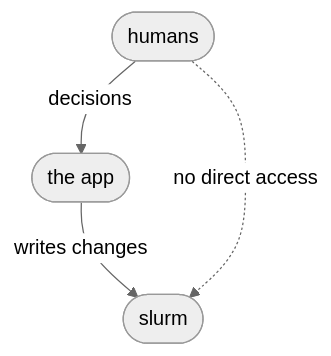
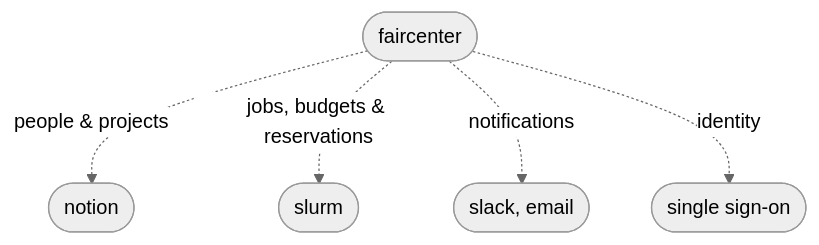
The second of 3 diagrams in README.md (stephenwhitmarsh/faircenter), drawn with Mermaid (neutral theme) before and after one commit. The commit also changed other lines of this file and 25 other files, not shown here.

````diff
--- a/README.md
+++ b/README.md
@@ -214,7 +22,8 @@
 ```mermaid
 graph TD
 
-  humans([humans]) -->|decisions| app([the app])
-  app -->|writes changes| slurm([slurm])
-  humans -.->|no direct access| slurm
+  app([faircenter]) -.->|people & projects| notion([notion])
+  app -.->|jobs, budgets & reservations| slurm([slurm])
+  app -.->|notifications| slack([slack, email])
+  app -.->|identity| sso([single sign-on])
 ```
````
